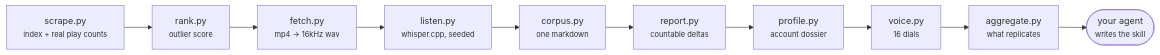
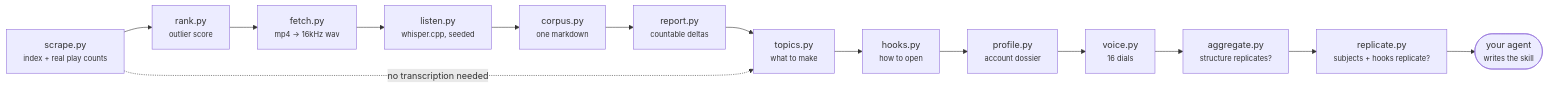
The diagram in README.md (Ishan-sa/framezero), drawn with Mermaid before and after one commit. The commit also changed other lines of this file and 7 other files, not shown here.

````diff
--- a/README.md
+++ b/README.md
@@ -446,12 +634,16 @@
 ```mermaid
 flowchart LR
   A["scrape.py<br/><small>index + real play counts</small>"] --> B["rank.py<br/><small>outlier score</small>"]
   B --> C["fetch.py<br/><small>mp4 → 16kHz wav</small>"]
   C --> D["listen.py<br/><small>whisper.cpp, seeded</small>"]
   D --> E["corpus.py<br/><small>one markdown</small>"]
   E --> F["report.py<br/><small>countable deltas</small>"]
-  F --> P["profile.py<br/><small>account dossier</small>"]
+  F --> T["topics.py<br/><small>what to make</small>"]
+  T --> K["hooks.py<br/><small>how to open</small>"]
+  K --> P["profile.py<br/><small>account dossier</small>"]
   P --> G["voice.py<br/><small>16 dials</small>"]
-  G --> H["aggregate.py<br/><small>what replicates</small>"]
-  H --> I(["your agent<br/><small>writes the skill</small>"])
+  G --> H["aggregate.py<br/><small>structure replicates?</small>"]
+  H --> R["replicate.py<br/><small>subjects + hooks replicate?</small>"]
+  R --> I(["your agent<br/><small>writes the skill</small>"])
+  A -.->|no transcription needed| T
 ```
````
